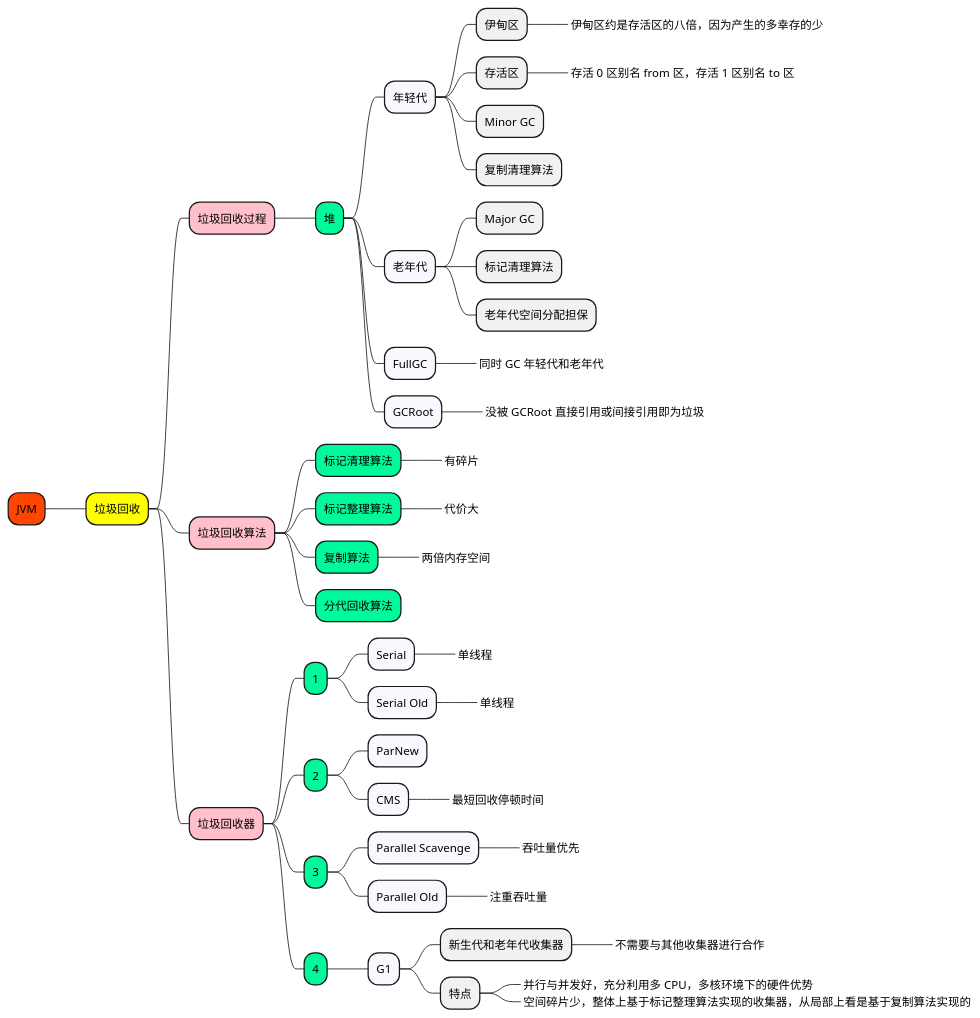
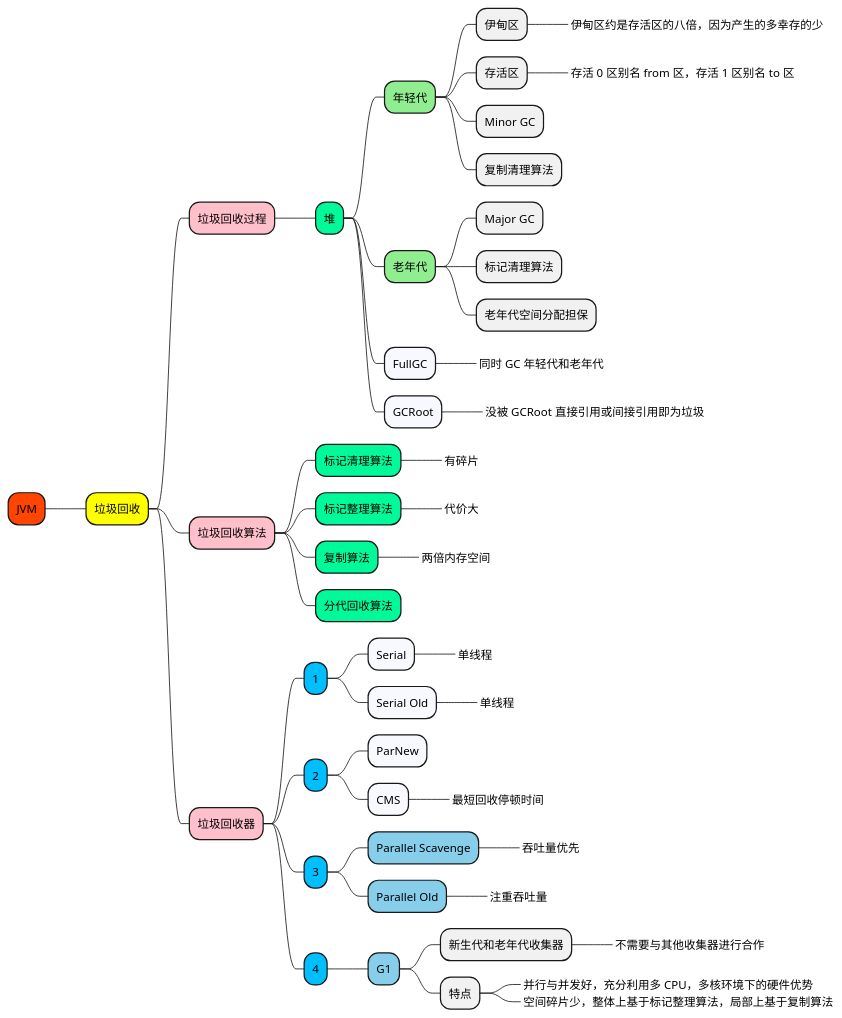
Before and after one commit to doveg/self-cultivation-of-a-software-engineer: the diagram in 2_note/java/JVM/JVM-垃圾回收.puml, drawn with PlantUML. The commit also changed 3 other files, not shown here.

```diff
--- a/2_note/java/JVM/JVM-垃圾回收.puml
+++ b/2_note/java/JVM/JVM-垃圾回收.puml
@@ -1,70 +1,70 @@
 @startmindmap
 
 +[#OrangeRed] JVM
 
 ++[#yellow] 垃圾回收
 
 +++[#Pink] 垃圾回收过程
 
 ++++[#MediumSpringGreen] 堆
 
-+++++[#GhostWhite] 年轻代
++++++[#LightGreen] 年轻代
 ++++++ 伊甸区
 +++++++_ 伊甸区约是存活区的八倍，因为产生的多幸存的少
 ++++++ 存活区
 +++++++_ 存活 0 区别名 from 区，存活 1 区别名 to 区
 ++++++ Minor GC
 ++++++ 复制清理算法
 
-+++++[#GhostWhite] 老年代
++++++[#LightGreen] 老年代
 ++++++ Major GC
 ++++++ 标记清理算法
 ++++++ 老年代空间分配担保
 
 +++++[#GhostWhite] FullGC
 ++++++_ 同时 GC 年轻代和老年代
 
 +++++[#GhostWhite] GCRoot
 ++++++_ 没被 GCRoot 直接引用或间接引用即为垃圾
 
 
 +++[#Pink] 垃圾回收算法
 
 ++++[#MediumSpringGreen] 标记清理算法
 +++++_ 有碎片
 ++++[#MediumSpringGreen] 标记整理算法
 +++++_ 代价大
 ++++[#MediumSpringGreen] 复制算法
 +++++_ 两倍内存空间
 ++++[#MediumSpringGreen] 分代回收算法
 
 
 +++[#Pink] 垃圾回收器
 
-++++[#MediumSpringGreen] 1
+++++[#DeepSkyBlue] 1
 +++++[#GhostWhite] Serial
 ++++++_ 单线程
 +++++[#GhostWhite] Serial Old
 ++++++_ 单线程
 
-++++[#MediumSpringGreen] 2
+++++[#DeepSkyBlue] 2
 +++++[#GhostWhite] ParNew
 +++++[#GhostWhite] CMS
 ++++++_ 最短回收停顿时间
 
-++++[#MediumSpringGreen] 3
-+++++[#GhostWhite] Parallel Scavenge
+++++[#DeepSkyBlue] 3
++++++[#SkyBlue] Parallel Scavenge
 ++++++_ 吞吐量优先
-+++++[#GhostWhite] Parallel Old
++++++[#SkyBlue] Parallel Old
 ++++++_ 注重吞吐量
 
-++++[#MediumSpringGreen] 4
-+++++[#GhostWhite] G1
+++++[#DeepSkyBlue] 4
++++++[#SkyBlue] G1
 ++++++ 新生代和老年代收集器
 +++++++_ 不需要与其他收集器进行合作
 ++++++ 特点
 +++++++_ 并行与并发好，充分利用多 CPU，多核环境下的硬件优势
-+++++++_ 空间碎片少，整体上基于标记整理算法实现的收集器，从局部上看是基于复制算法实现的
++++++++_ 空间碎片少，整体上基于标记整理算法，局部上基于复制算法
 
 
 @endmindmap
```
